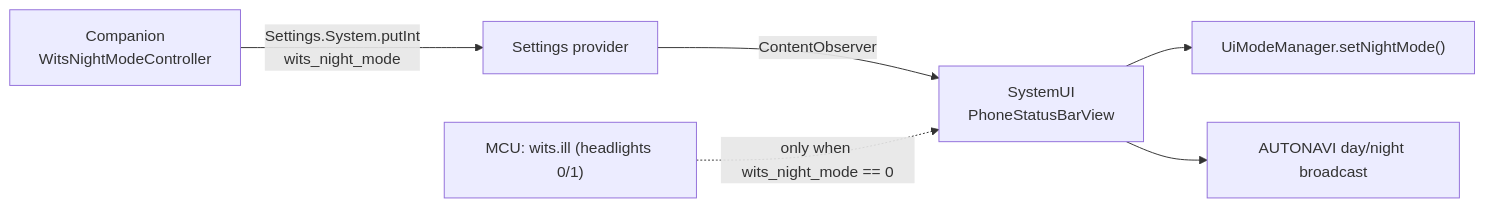
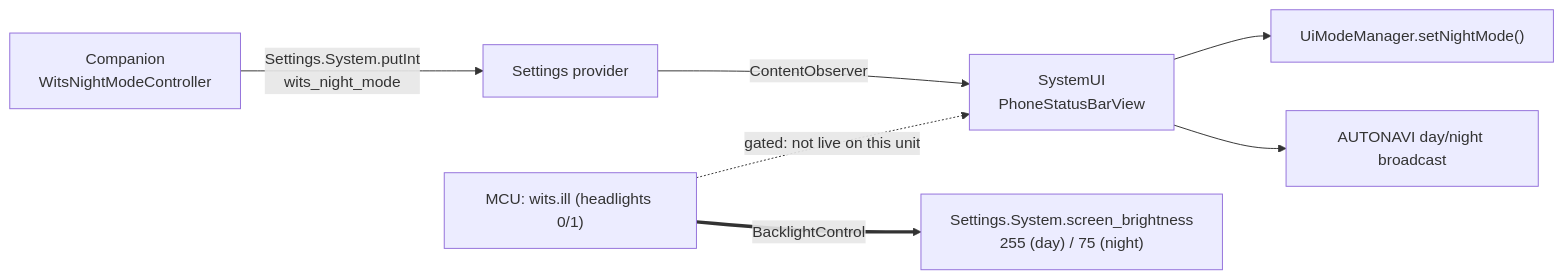
Before and after one commit to MiklerGM/wits-companion: the fourth of 5 diagrams in docs/architecture.md, drawn with Mermaid. The commit also changed other lines of this file and 3 other files, not shown here.

````diff
--- a/docs/architecture.md
+++ b/docs/architecture.md
@@ -103,8 +103,9 @@
 ```mermaid
 flowchart LR
     A["Companion<br/>WitsNightModeController"] -->|"Settings.System.putInt<br/>wits_night_mode"| B["Settings provider"]
     B -->|"ContentObserver"| C["SystemUI<br/>PhoneStatusBarView"]
     C --> D["UiModeManager.setNightMode()"]
     C --> E["AUTONAVI day/night broadcast"]
-    F["MCU: wits.ill (headlights 0/1)"] -.->|"only when wits_night_mode == 0"| C
+    F["MCU: wits.ill (headlights 0/1)"] -.->|"gated: not live on this unit"| C
+    F ==>|"BacklightControl"| G["Settings.System.screen_brightness<br/>255 (day) / 75 (night)"]
 ```
````
